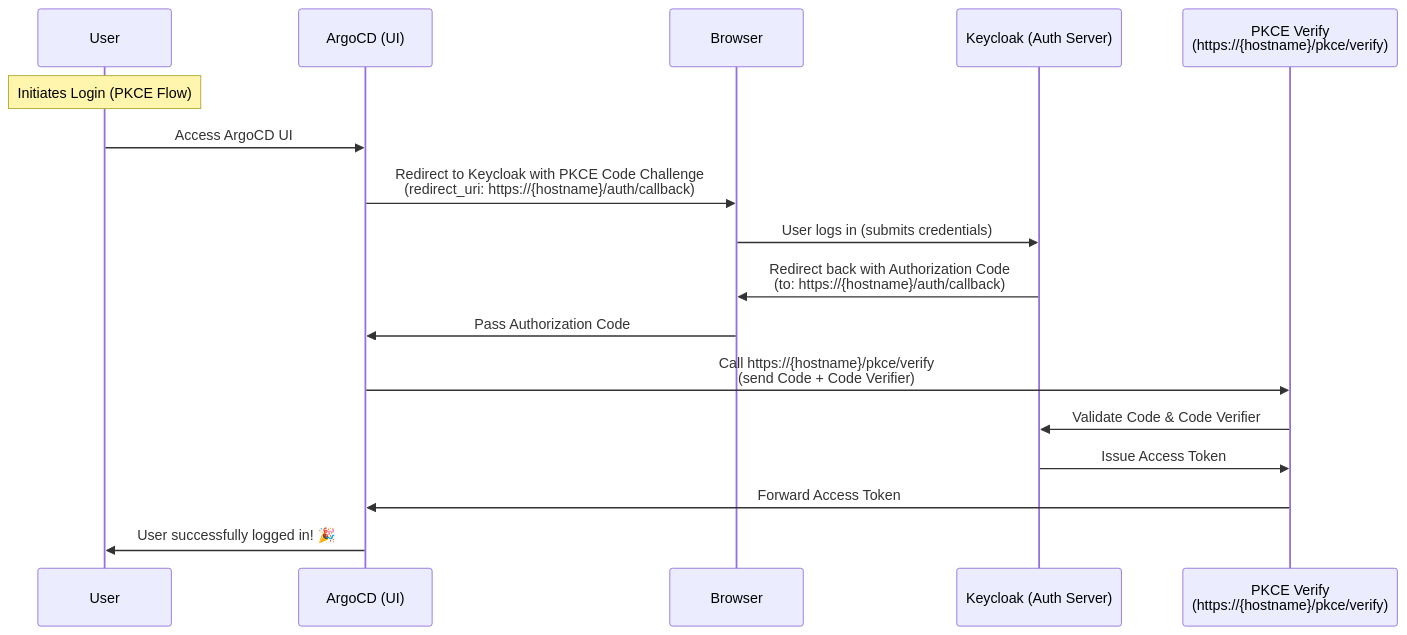
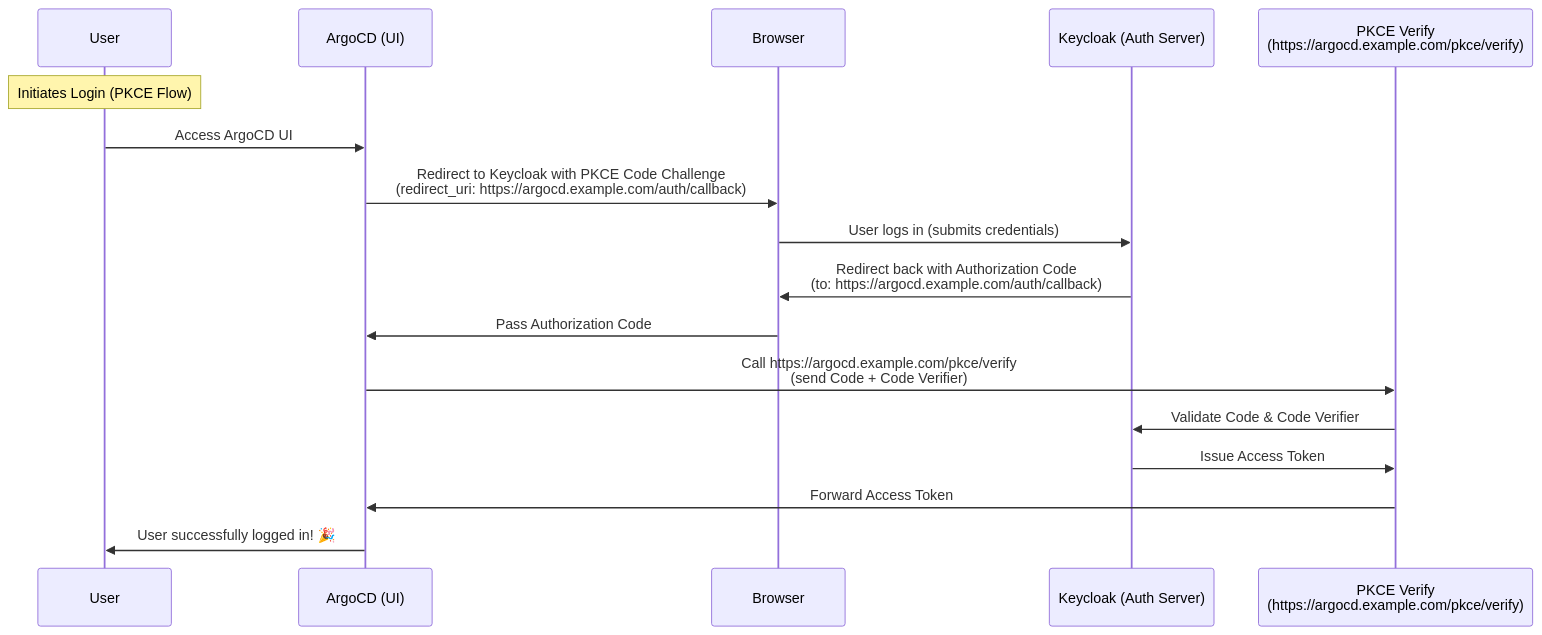
One commit to IevoniXX/oauth-kt changed the diagram in ui-pkce.md. Above: the diagram before and after it, drawn with Mermaid.

````diff
--- a/ui-pkce.md
+++ b/ui-pkce.md
@@ -1,21 +1,21 @@
 ```mermaid
 sequenceDiagram
     participant U as User
     participant A as ArgoCD (UI)
     participant B as Browser
     participant K as Keycloak (Auth Server)
-    participant P as PKCE Verify<br/>(https://{hostname}/pkce/verify)
+    participant P as PKCE Verify<br/>(https://argocd.example.com/pkce/verify)
 
     Note over U: Initiates Login (PKCE Flow)
     U->>A: Access ArgoCD UI
-    A->>B: Redirect to Keycloak with PKCE Code Challenge<br/>(redirect_uri: https://{hostname}/auth/callback)
+    A->>B: Redirect to Keycloak with PKCE Code Challenge<br/>(redirect_uri: https://argocd.example.com/auth/callback)
     B->>K: User logs in (submits credentials)
-    K->>B: Redirect back with Authorization Code<br/>(to: https://{hostname}/auth/callback)
+    K->>B: Redirect back with Authorization Code<br/>(to: https://argocd.example.com/auth/callback)
     B->>A: Pass Authorization Code
-    A->>P: Call https://{hostname}/pkce/verify<br/>(send Code + Code Verifier)
+    A->>P: Call https://argocd.example.com/pkce/verify<br/>(send Code + Code Verifier)
     P->>K: Validate Code & Code Verifier
     K->>P: Issue Access Token
     P->>A: Forward Access Token
     A->>U: User successfully logged in! 🎉
 
 ```
````
